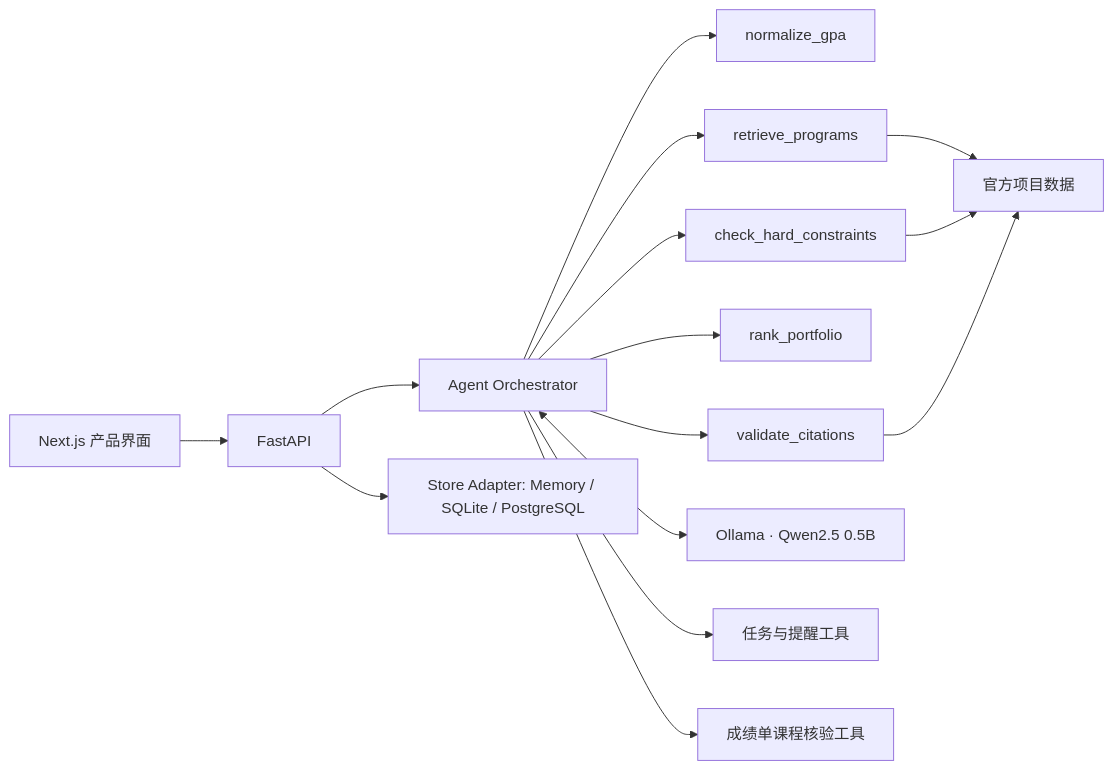
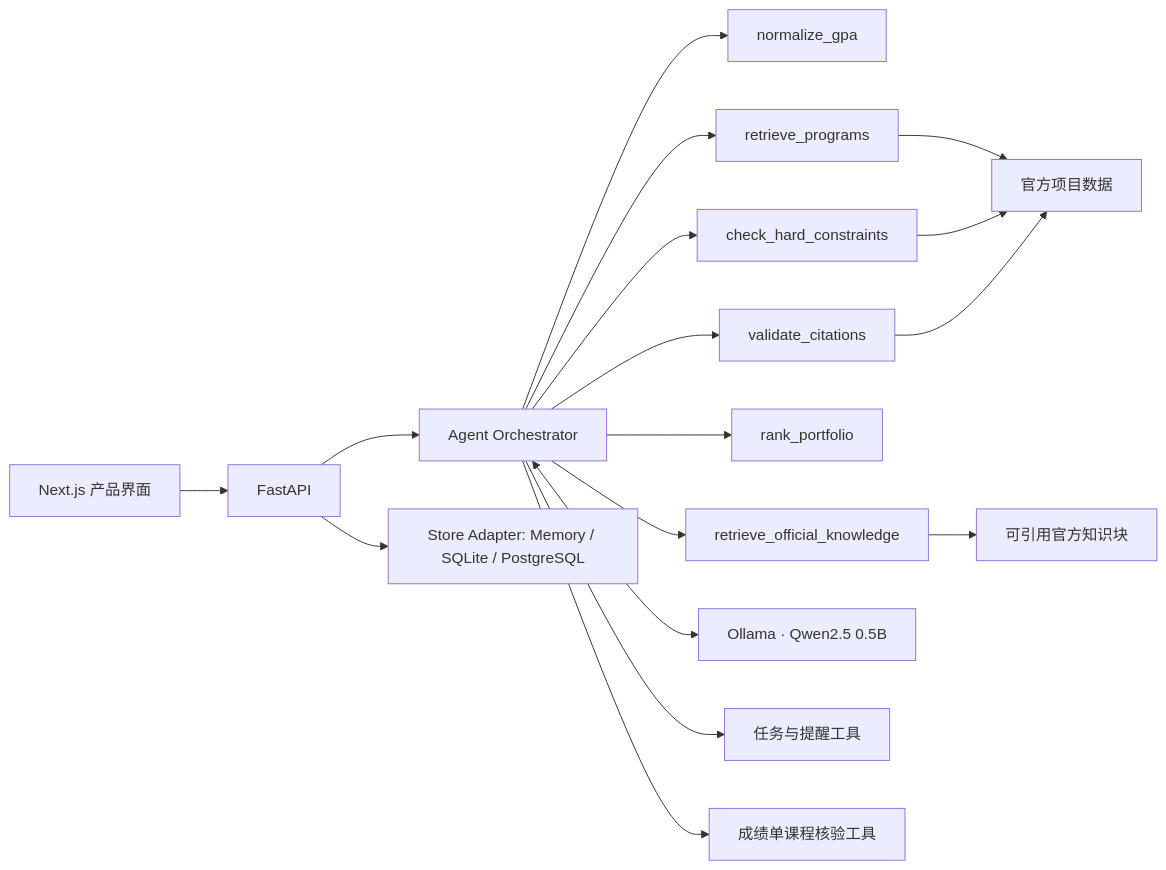
Before and after one commit to MortyYJT/offerpilot: the diagram in README.md, drawn with Mermaid. The commit also changed other lines of this file and 14 other files, not shown here.

Commit message:
feat: add source-backed official knowledge RAG

````diff
--- a/README.md
+++ b/README.md
@@ -25,17 +25,19 @@
 ```mermaid
 flowchart LR
     UI[Next.js 产品界面] --> API[FastAPI]
     API --> ORCH[Agent Orchestrator]
     ORCH --> GPA[normalize_gpa]
     ORCH --> RET[retrieve_programs]
+    ORCH --> RAG[retrieve_official_knowledge]
     ORCH --> RULES[check_hard_constraints]
     ORCH --> RANK[rank_portfolio]
     ORCH --> CITE[validate_citations]
     RET --> DATA[官方项目数据]
+    RAG --> KB[可引用官方知识块]
     RULES --> DATA
     CITE --> DATA
     ORCH <--> LLM[Ollama · Qwen2.5 0.5B]
     ORCH --> TASKS[任务与提醒工具]
     ORCH --> TRANSCRIPT[成绩单课程核验工具]
     API --> STORE[Store Adapter: Memory / SQLite / PostgreSQL]
 ```
````
